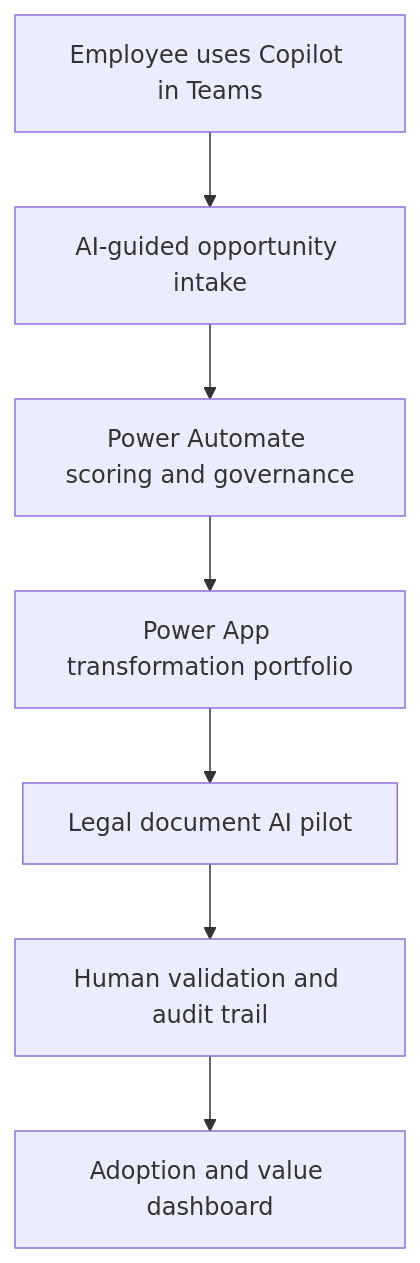
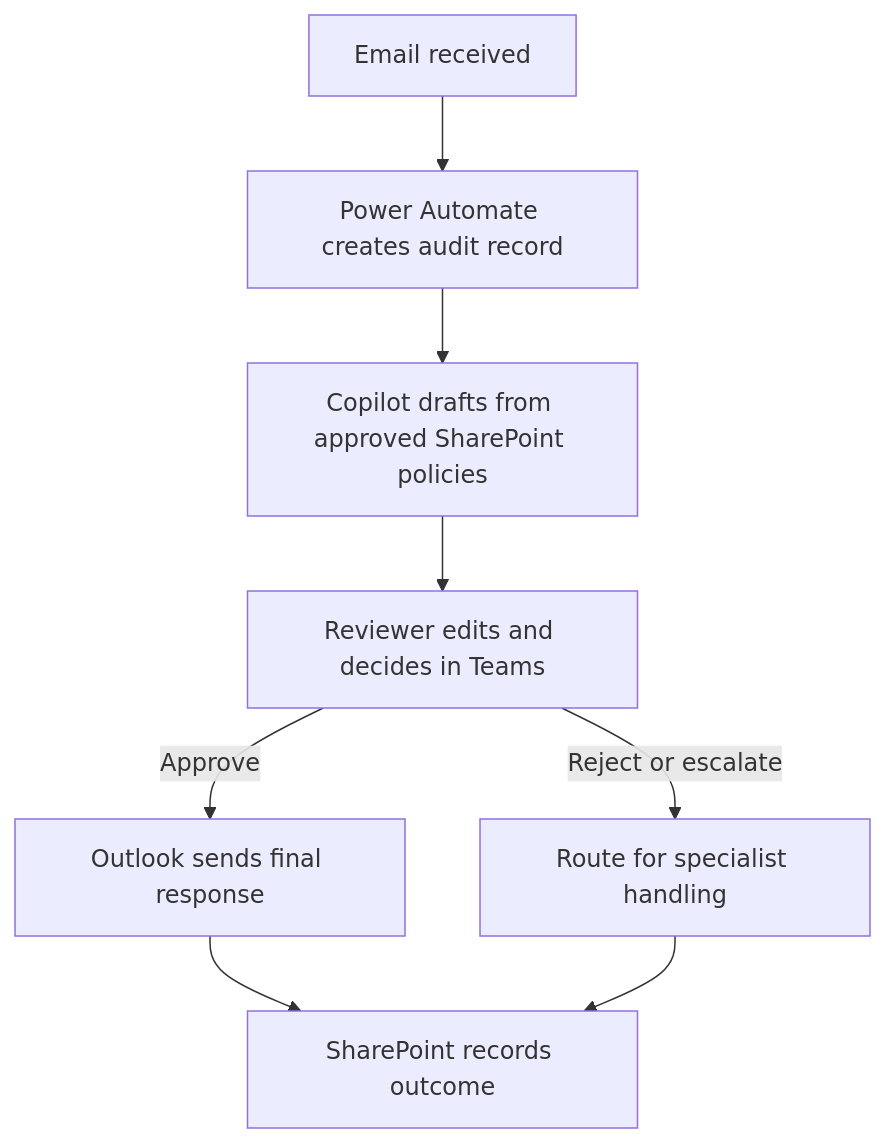
One commit to shalineesinghvit12-source/legal-ai-transformation-hub changed the diagram in README.md. Above: the diagram before and after it, drawn with Mermaid. The commit also changed other lines of this file and 11 other files, not shown here.

First line of the commit message:
Refocus portfolio as governed AI policy response assistant

````diff
--- a/README.md
+++ b/README.md
@@ -43,9 +22,10 @@
 ```mermaid
 flowchart TD
-    A["Employee uses Copilot in Teams"] --> B["AI-guided opportunity intake"]
-    B --> C["Power Automate scoring and governance"]
-    C --> D["Power App transformation portfolio"]
-    D --> E["Legal document AI pilot"]
-    E --> F["Human validation and audit trail"]
-    F --> G["Adoption and value dashboard"]
+    A["Email received"] --> B["Power Automate creates audit record"]
+    B --> C["Copilot drafts from approved SharePoint policies"]
+    C --> D["Reviewer edits and decides in Teams"]
+    D -->|Approve| E["Outlook sends final response"]
+    D -->|Reject or escalate| F["Route for specialist handling"]
+    E --> G["SharePoint records outcome"]
+    F --> G
 ```
````
